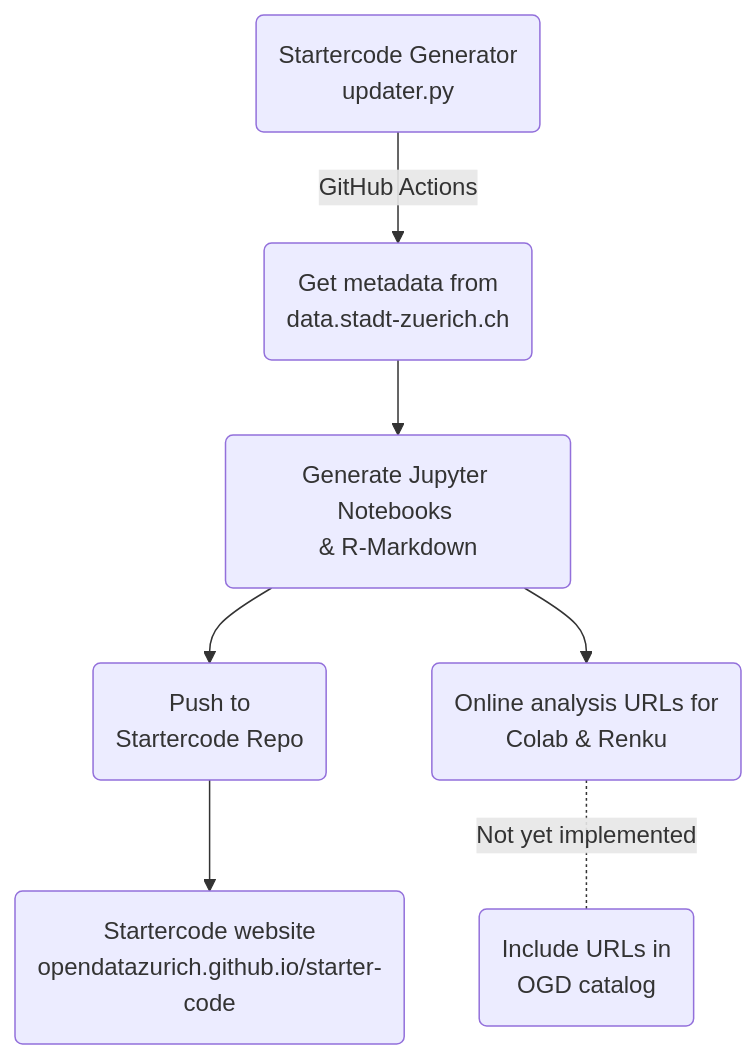
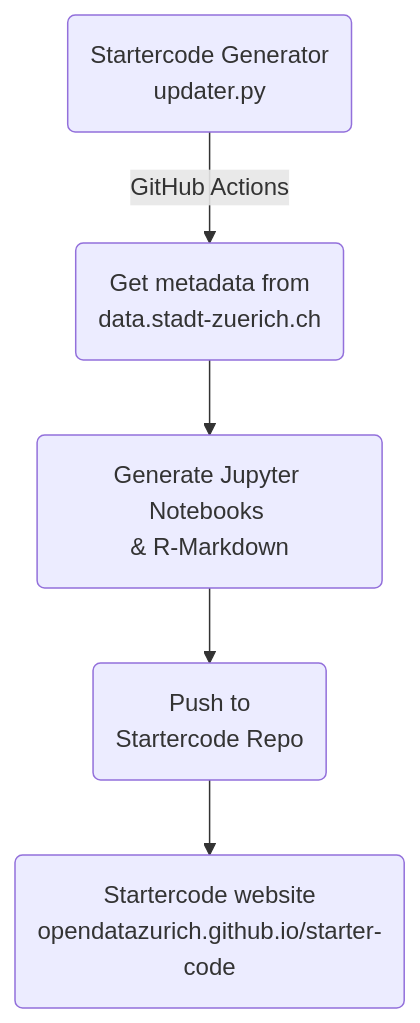
Before and after one commit to opendatazurich/starter-code-generator: the diagram in README.md, drawn with Mermaid. The commit also changed other lines of this file and 6 other files, not shown here.

````diff
--- a/README.md
+++ b/README.md
@@ -29,10 +29,7 @@
 ```mermaid
 flowchart TD
     updater(Startercode Generator<br>updater.py) -->|GitHub Actions| getMetadata(Get metadata from<br>data.stadt-zuerich.ch)
     getMetadata --> makeNotebooks(Generate Jupyter Notebooks <BR>& R-Markdown)
     makeNotebooks --> pushRepo(Push to<BR>Startercode Repo)
     pushRepo --> githubio(Startercode website<br>opendatazurich.github.io/starter-code)
-
-    makeNotebooks --> onlineAnalysis(Online analysis URLs for<br>Colab & Renku)
-    onlineAnalysis -.-|Not yet implemented| ogdCatalog(Include URLs in<br>OGD catalog)
 ```
````
